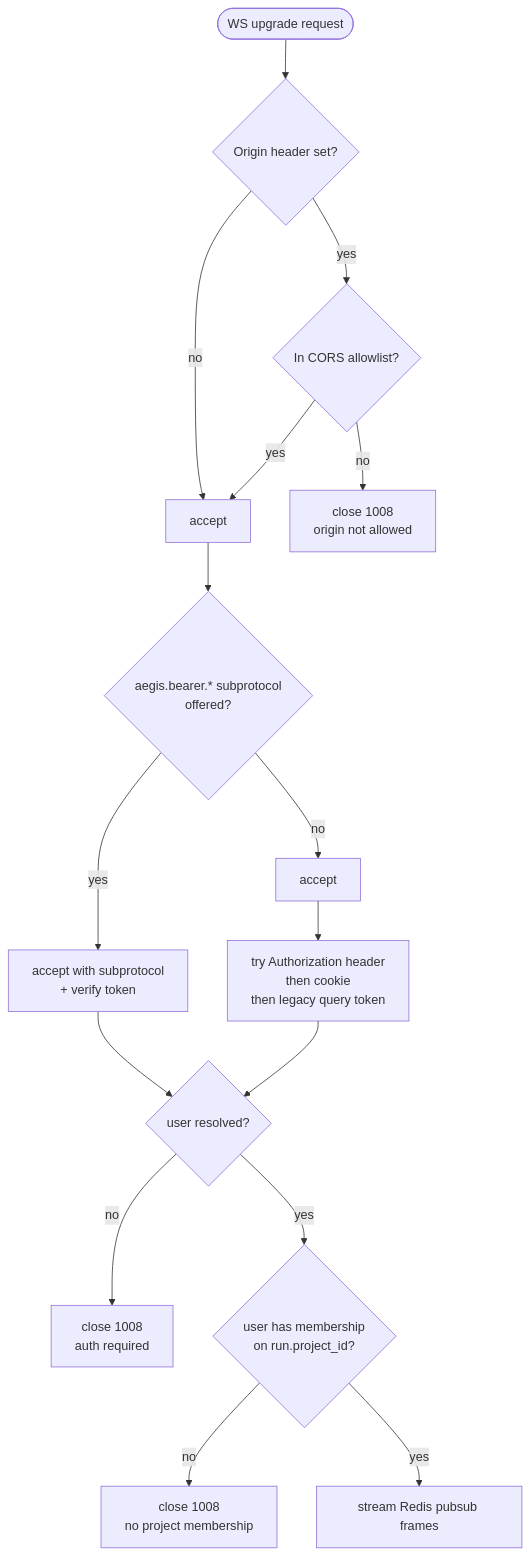
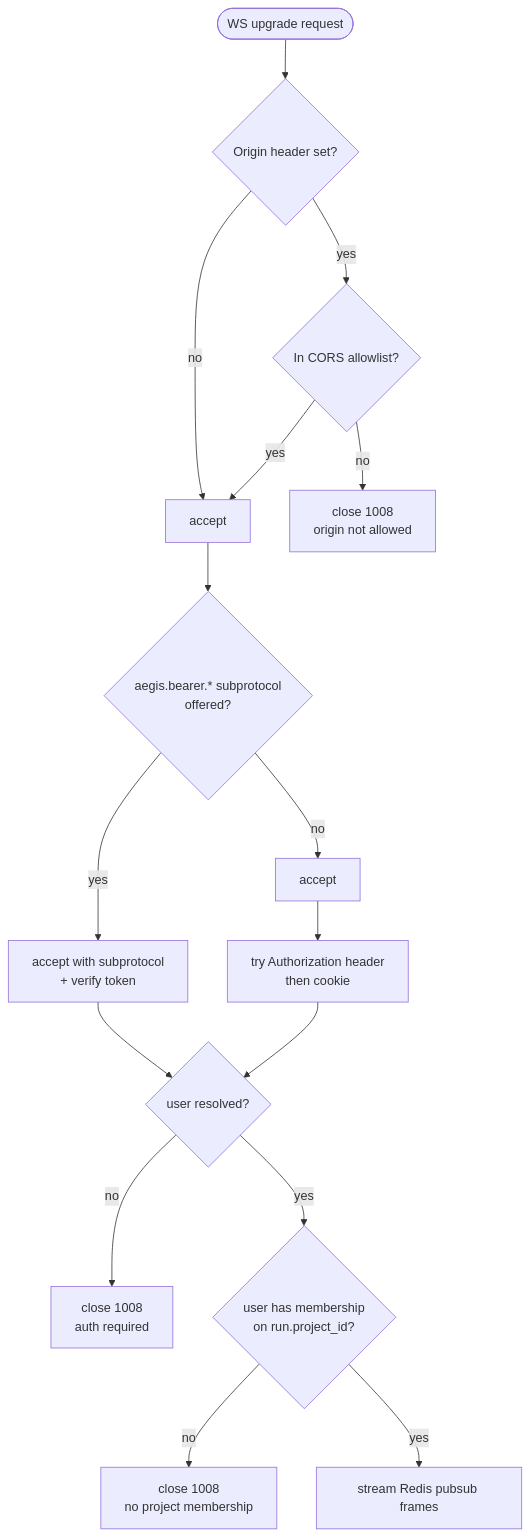
Before and after one commit to IntelliBridge/ndia-red-team-simulator: the third of 3 diagrams in docs/architecture/auth.md, drawn with Mermaid. The commit also changed other lines of this file and 34 other files, not shown here.

````diff
--- a/docs/architecture/auth.md
+++ b/docs/architecture/auth.md
@@ -196,20 +196,20 @@
 ```mermaid
 flowchart TB
   start(["WS upgrade request"]) --> hasOrigin{"Origin header set?"}
   hasOrigin -- no --> accept["accept"]
   hasOrigin -- yes --> originOk{"In CORS allowlist?"}
   originOk -- no --> close1["close 1008<br/>origin not allowed"]
   originOk -- yes --> accept
 
   accept --> hasSubproto{"aegis.bearer.* subprotocol<br/>offered?"}
   hasSubproto -- yes --> echoSub["accept with subprotocol<br/>+ verify token"]
   hasSubproto -- no  --> bareAccept["accept"]
 
   echoSub --> hasUser{"user resolved?"}
-  bareAccept --> resolveOther["try Authorization header<br/>then cookie<br/>then legacy query token"]
+  bareAccept --> resolveOther["try Authorization header<br/>then cookie"]
   resolveOther --> hasUser
   hasUser -- no --> close2["close 1008<br/>auth required"]
   hasUser -- yes --> projectAccess{"user has membership<br/>on run.project_id?"}
   projectAccess -- no --> close3["close 1008<br/>no project membership"]
   projectAccess -- yes --> stream["stream Redis pubsub frames"]
 ```
````
